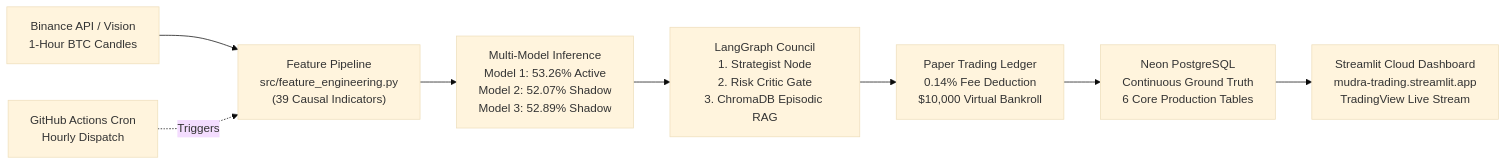
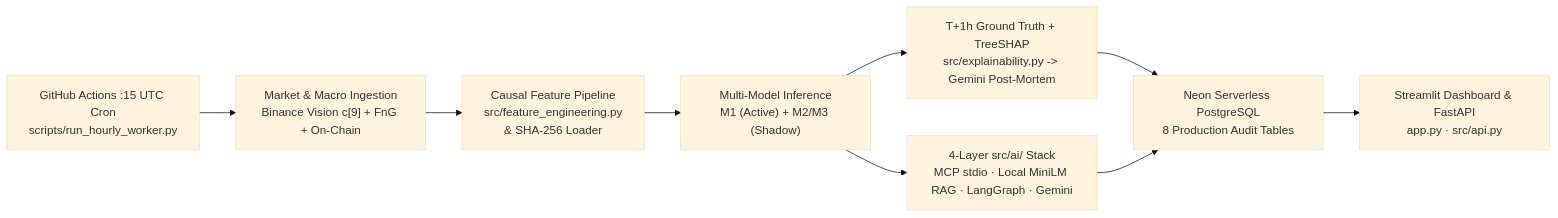
One commit to MohitSingh-2335/Mudra changed the diagram in README.md. Above: the diagram before and after it, drawn with Mermaid (base theme). The commit also changed other lines of this file, not shown here.

Commit message:
rewrite readme around ml evaluation metrics, 4-layer ai stack, and neon mlops architecture

````diff
--- a/README.md
+++ b/README.md
@@ -128,11 +60,11 @@
 ```mermaid
 flowchart LR
-    A["Binance API / Vision\n1-Hour BTC Candles"] --> B["Feature Pipeline\nsrc/feature_engineering.py\n(39 Causal Indicators)"]
-    B --> C["Multi-Model Inference\nModel 1: 53.26% Active\nModel 2: 52.07% Shadow\nModel 3: 52.89% Shadow"]
-    C --> D["LangGraph Council\n1. Strategist Node\n2. Risk Critic Gate\n3. ChromaDB Episodic RAG"]
-    D --> E["Paper Trading Ledger\n0.14% Fee Deduction\n$10,000 Virtual Bankroll"]
-    E --> F["Neon PostgreSQL\nContinuous Ground Truth\n6 Core Production Tables"]
-    F --> G["Streamlit Cloud Dashboard\nmudra-trading.streamlit.app\nTradingView Live Stream"]
-    
-    H["GitHub Actions Cron\nHourly Dispatch"] -. Triggers .-> B
+    Cron["GitHub Actions :15 UTC Cron\nscripts/run_hourly_worker.py"] --> Ingest["Market & Macro Ingestion\nBinance Vision c[9] + FnG + On-Chain"]
+    Ingest --> Feat["Causal Feature Pipeline\nsrc/feature_engineering.py\n& SHA-256 Loader"]
+    Feat --> Models["Multi-Model Inference\nM1 (Active) + M2/M3 (Shadow)"]
+    Models --> Reconcile["T+1h Ground Truth + TreeSHAP\nsrc/explainability.py -> Gemini Post-Mortem"]
+    Models --> Council["4-Layer src/ai/ Stack\nMCP stdio · Local MiniLM RAG · LangGraph · Gemini"]
+    Reconcile --> DB["Neon Serverless PostgreSQL\n8 Production Audit Tables"]
+    Council --> DB
+    DB --> Apps["Streamlit Dashboard & FastAPI\napp.py · src/api.py"]
 ```
````
